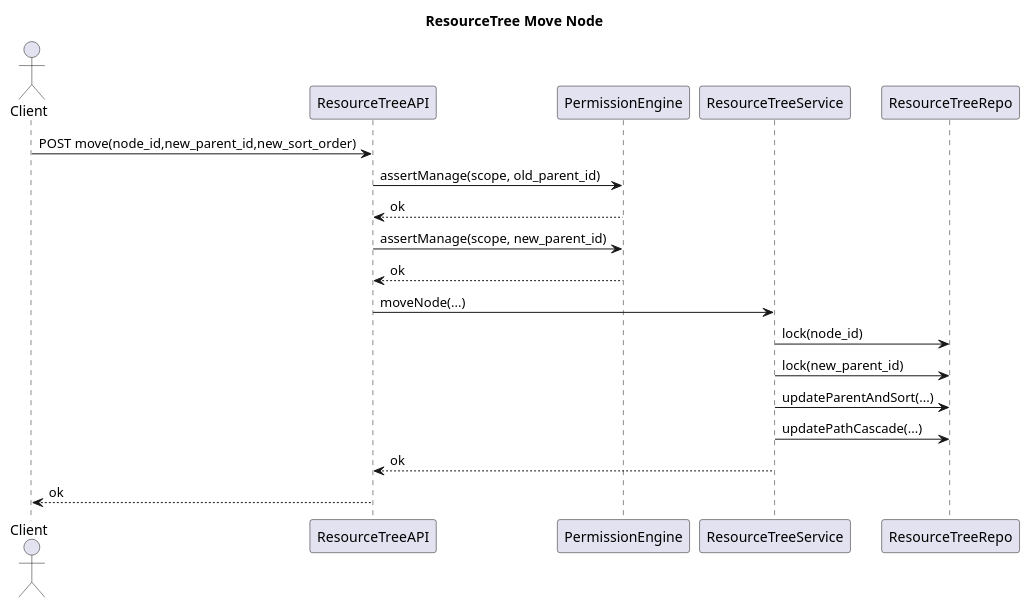
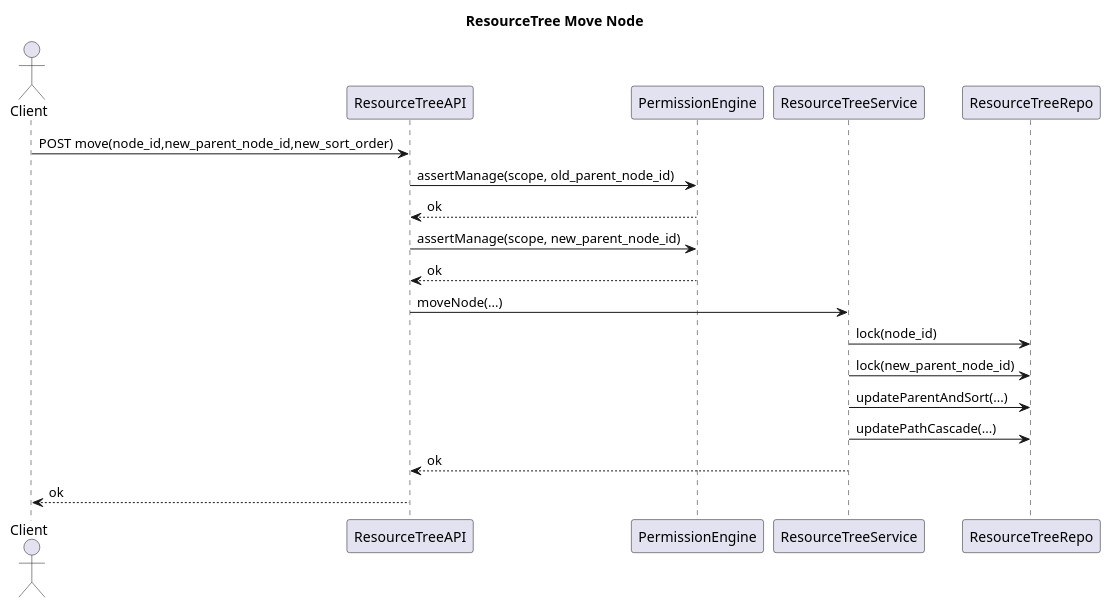
Before and after one commit to FangZiyong/grass: diagram 14 of 29 in docs/tech.md, drawn with PlantUML. The commit also changed other lines of this file and 49 other files, not shown here.

````diff
--- a/docs/tech.md
+++ b/docs/tech.md
@@ -2126,24 +2126,24 @@
 ```plantuml
 @startuml
 title ResourceTree Move Node
 
 actor Client
 participant ResourceTreeAPI as API
 participant PermissionEngine as PE
 participant ResourceTreeService as SVC
 participant ResourceTreeRepo as RTR
 
-Client -> API : POST move(node_id,new_parent_id,new_sort_order)
-API -> PE : assertManage(scope, old_parent_id)
+Client -> API : POST move(node_id,new_parent_node_id,new_sort_order)
+API -> PE : assertManage(scope, old_parent_node_id)
 PE --> API : ok
-API -> PE : assertManage(scope, new_parent_id)
+API -> PE : assertManage(scope, new_parent_node_id)
 PE --> API : ok
 API -> SVC : moveNode(...)
 SVC -> RTR : lock(node_id)
-SVC -> RTR : lock(new_parent_id)
+SVC -> RTR : lock(new_parent_node_id)
 SVC -> RTR : updateParentAndSort(...)
 SVC -> RTR : updatePathCascade(...)
 SVC --> API : ok
 API --> Client : ok
 @enduml
 ```
````
